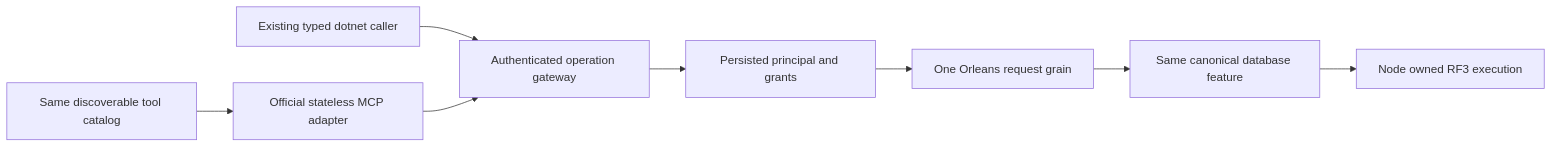
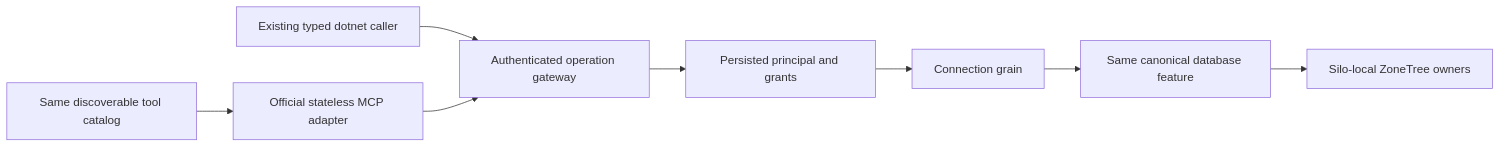
The diagram in docs/ADR/ADR-039-official-mcp-agent-api.md (managedcode/KeyLoad), drawn with Mermaid before and after one commit. The commit also changed other lines of this file and 7356 other files, not shown here.

````diff
--- a/docs/ADR/ADR-039-official-mcp-agent-api.md
+++ b/docs/ADR/ADR-039-official-mcp-agent-api.md
@@ -219,10 +158,10 @@
 ```mermaid
 flowchart LR
     DotNet[Existing typed dotnet caller] --> Gateway[Authenticated operation gateway]
     MCP[Official stateless MCP adapter] --> Gateway
     Agent[Same discoverable tool catalog] --> MCP
     Gateway --> Identity[Persisted principal and grants]
-    Identity --> Grain[One Orleans request grain]
+    Identity --> Grain[Connection grain]
     Grain --> Feature[Same canonical database feature]
-    Feature --> Host[Node owned RF3 execution]
+    Feature --> Host[Silo-local ZoneTree owners]
 ```
````
